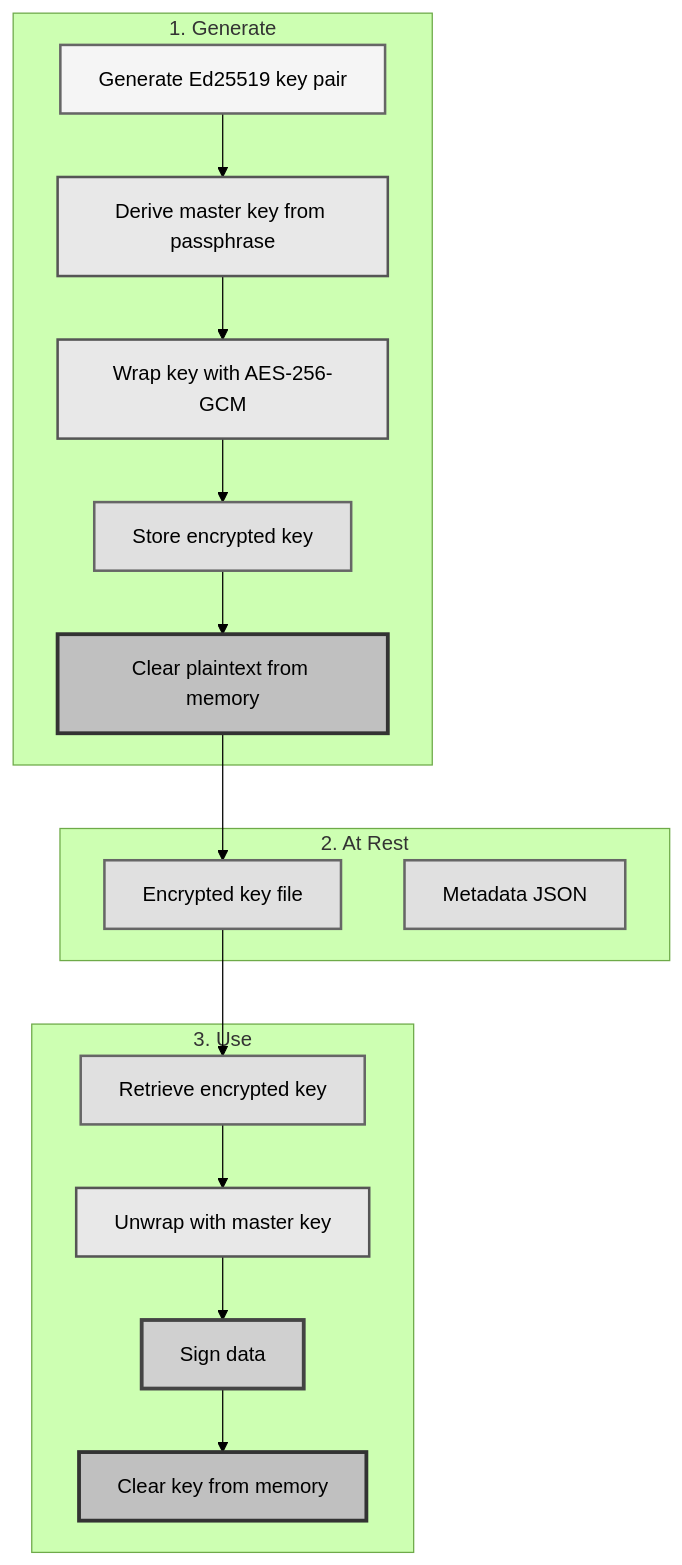
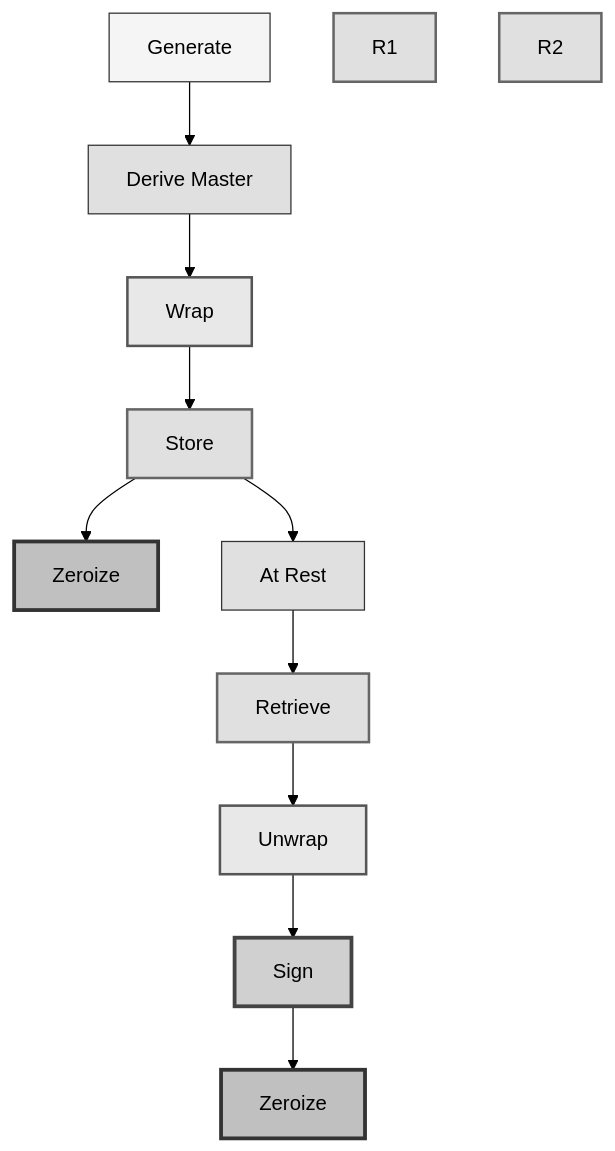
Before and after one commit to ehanoc/softKMS: the sixth of 7 diagrams in docs/CLI_DAEMON_ARCHITECTURE.md, drawn with Mermaid (forest theme). The commit also changed other lines of this file and 8 other files, not shown here.

````diff
--- a/docs/CLI_DAEMON_ARCHITECTURE.md
+++ b/docs/CLI_DAEMON_ARCHITECTURE.md
@@ -173,37 +131,26 @@
 ```mermaid
 flowchart TB
-    subgraph Generate["1. Generate"]
-        G1[Generate Ed25519 key pair]
-        G2[Derive master key from passphrase]
-        G3[Wrap key with AES-256-GCM]
-        G4[Store encrypted key]
-        G5[Clear plaintext from memory]
-    end
+    G1[Generate] --> G2[Derive Master] --> G3[Wrap] --> G4[Store] --> G5[Zeroize]
+    G4 --> R[At Rest]
+    R --> U1[Retrieve] --> U2[Unwrap] --> U3[Sign] --> U4[Zeroize]
     
-    subgraph Rest["2. At Rest"]
-        R1[Encrypted key file]
-        R2[Metadata JSON]
-    end
-    
-    subgraph Use["3. Use"]
-        U1[Retrieve encrypted key]
-        U2[Unwrap with master key]
-        U3[Sign data]
-        U4[Clear key from memory]
-    end
-    
-    G1 --> G2 --> G3 --> G4 --> G5 --> R1
-    R1 --> U1 --> U2 --> U3 --> U4
-
-    style G1 fill:#f5f5f5,stroke:#666,stroke-width:2px
-    style G2 fill:#e8e8e8,stroke:#555,stroke-width:2px
+    style G1 fill:#f5f5f5,stroke:#333
+    style G2 fill:#e0e0e0,stroke:#333
+    style G3 fill:#e0e0e0,stroke:#333
+    style G4 fill:#e0e0e0,stroke:#333
+    style G5 fill:#d0d0d0,stroke:#333
+    style R fill:#e0e0e0,stroke:#333
+    style U1 fill:#e0e0e0,stroke:#333
+    style U2 fill:#e0e0e0,stroke:#333
+    style U3 fill:#d0d0d0,stroke:#333
+    style U4 fill:#d0d0d0,stroke:#333
     style G3 fill:#e8e8e8,stroke:#555,stroke-width:2px
     style G4 fill:#e0e0e0,stroke:#666,stroke-width:2px
     style G5 fill:#c0c0c0,stroke:#333,stroke-width:3px
     style R1 fill:#e0e0e0,stroke:#666,stroke-width:2px
     style R2 fill:#e0e0e0,stroke:#666,stroke-width:2px
     style U1 fill:#e0e0e0,stroke:#666,stroke-width:2px
     style U2 fill:#e8e8e8,stroke:#555,stroke-width:2px
     style U3 fill:#d0d0d0,stroke:#444,stroke-width:3px
     style U4 fill:#c0c0c0,stroke:#333,stroke-width:3px
 ```
````
